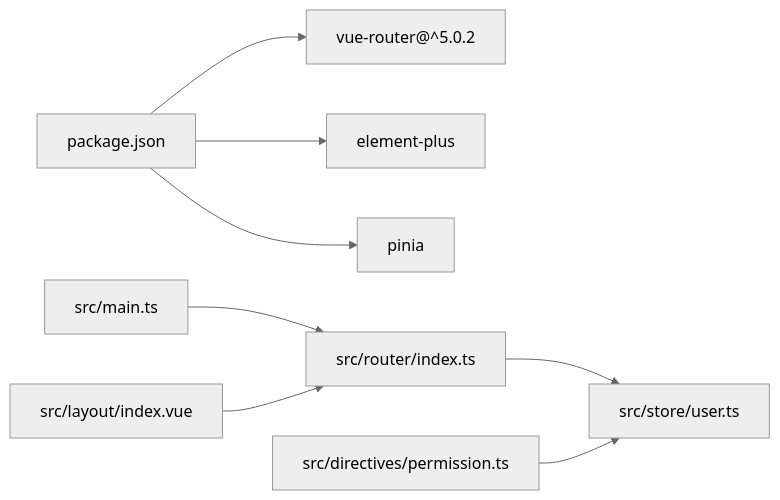
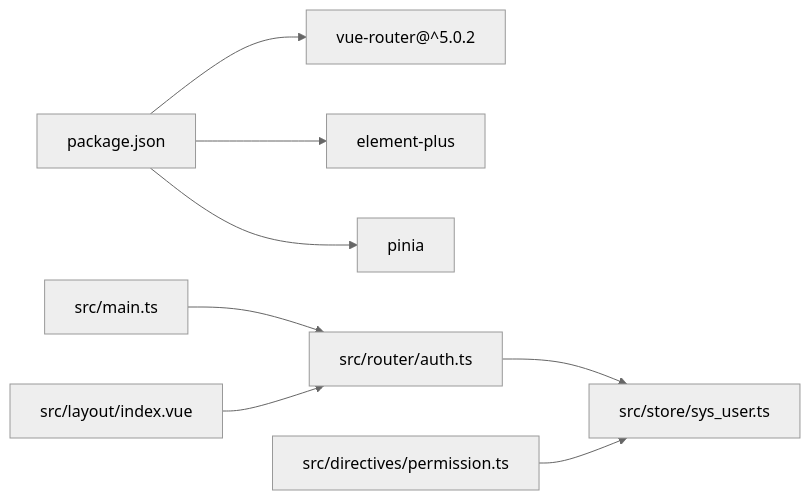
One commit to qiseyun/vue-ts-admin changed the fifth of 5 diagrams in .qoder/repowiki/zh/content/核心功能模块/路由系统.md. Above: the diagram before and after it, drawn with Mermaid (neutral theme). The commit also changed other lines of this file and 42 other files, not shown here.

````diff
--- a/.qoder/repowiki/zh/content/核心功能模块/路由系统.md
+++ b/.qoder/repowiki/zh/content/核心功能模块/路由系统.md
@@ -262,10 +262,10 @@
 ```mermaid
 graph LR
 P["package.json"] --> VR["vue-router@^5.0.2"]
 P --> EP["element-plus"]
 P --> PINIA["pinia"]
-M["src/main.ts"] --> R["src/router/index.ts"]
-R --> U["src/store/user.ts"]
+M["src/main.ts"] --> R["src/router/auth.ts"]
+R --> U["src/store/sys_user.ts"]
 L["src/layout/index.vue"] --> R
 D["src/directives/permission.ts"] --> U
 ```
````
